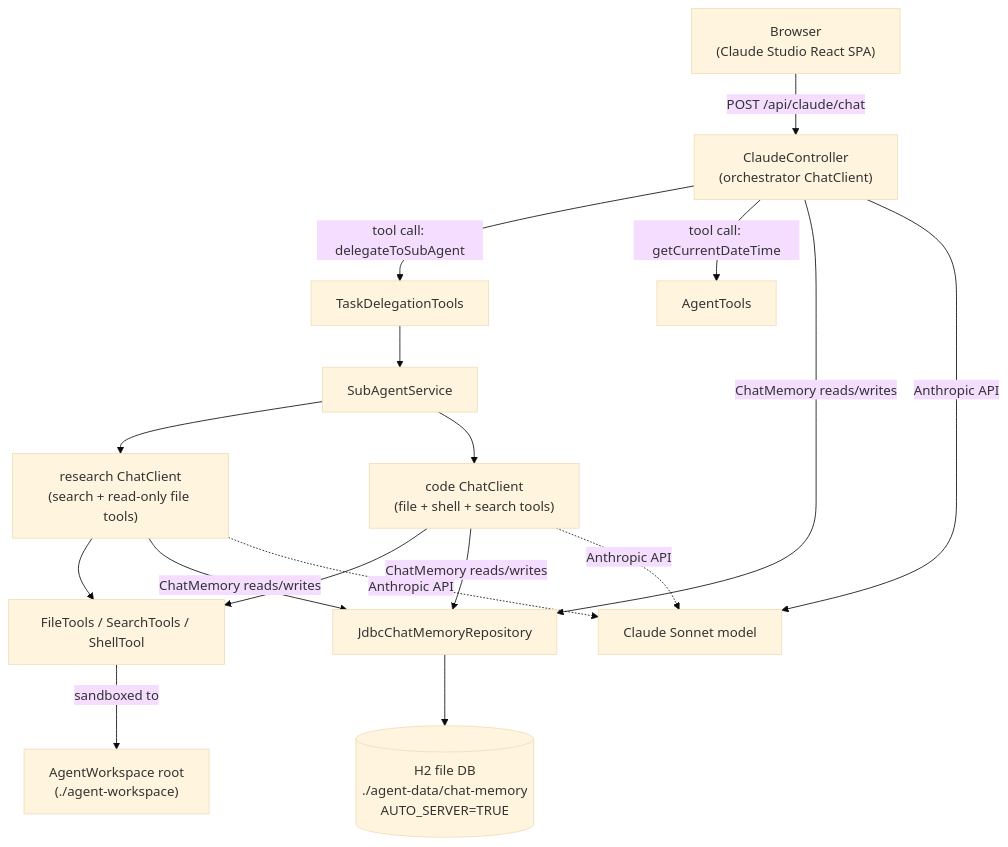
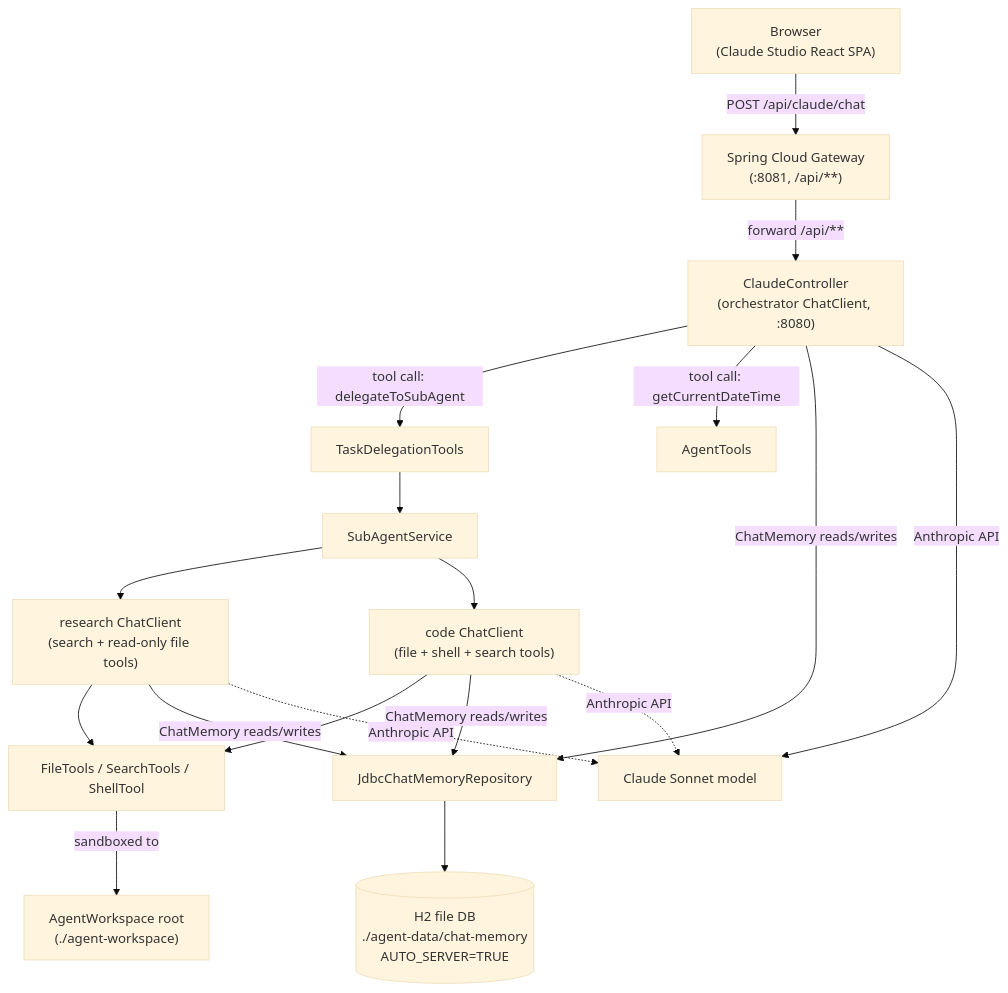
Before and after one commit to gpad1234/springai-agentic-arch: the first of 2 diagrams in architecture.md, drawn with Mermaid (base theme). The commit also changed other lines of this file and 19 other files, not shown here.

Commit message:
Add standalone API gateway

````diff
--- a/architecture.md
+++ b/architecture.md
@@ -13,24 +14,25 @@
 ```mermaid
 flowchart TB
-    Browser["Browser\n(Claude Studio React SPA)"] -->|"POST /api/claude/chat"| Controller["ClaudeController\n(orchestrator ChatClient)"]
+    Browser["Browser\n(Claude Studio React SPA)"] -->|"POST /api/claude/chat"| Gateway["Spring Cloud Gateway\n(:8081, /api/**)"]
+    Gateway -->|"forward /api/**"| Controller["ClaudeController\n(orchestrator ChatClient, :8080)"]
 
     Controller -->|"tool call: delegateToSubAgent"| Delegation["TaskDelegationTools"]
     Delegation --> SubAgents["SubAgentService"]
     SubAgents --> Research["research ChatClient\n(search + read-only file tools)"]
     SubAgents --> Code["code ChatClient\n(file + shell + search tools)"]
 
     Controller -->|"tool call: getCurrentDateTime"| AgentTools["AgentTools"]
 
     Research --> ToolLayer["FileTools / SearchTools / ShellTool"]
     Code --> ToolLayer
     ToolLayer -->|"sandboxed to"| Workspace["AgentWorkspace root\n(./agent-workspace)"]
 
     Controller -->|"ChatMemory reads/writes"| Memory["JdbcChatMemoryRepository"]
     Research -->|"ChatMemory reads/writes"| Memory
     Code -->|"ChatMemory reads/writes"| Memory
     Memory --> DB[("H2 file DB\n./agent-data/chat-memory\nAUTO_SERVER=TRUE")]
 
     Controller -->|"Anthropic API"| Claude["Claude Sonnet model"]
     Research -.->|"Anthropic API"| Claude
     Code -.->|"Anthropic API"| Claude
 ```
````
